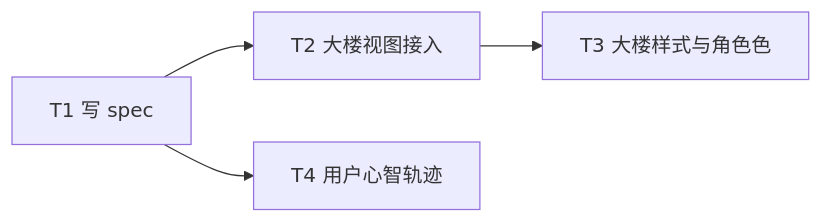
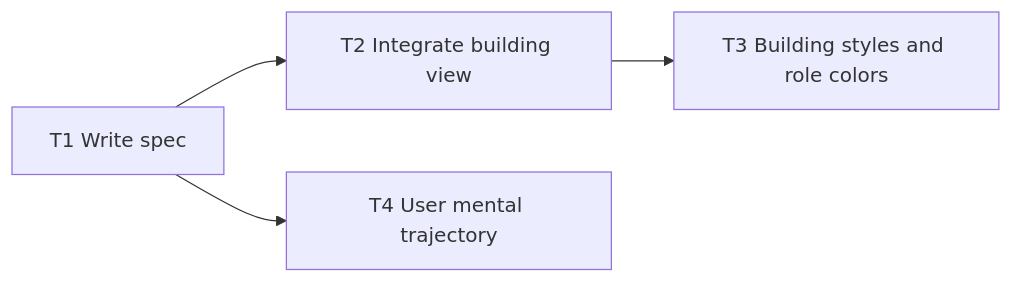
One commit to Curry09/AHE-Beta changed the diagram in docs/specs/0034-frontend-agent-company-building.md. Above: the diagram before and after it, drawn with Mermaid. The commit also changed other lines of this file and 531 other files, not shown here.

````diff
--- a/docs/specs/0034-frontend-agent-company-building.md
+++ b/docs/specs/0034-frontend-agent-company-building.md
@@ -166,10 +166,10 @@
 ```mermaid
 graph LR
-  T1[T1 写 spec]
-  T2[T2 大楼视图接入]
-  T3[T3 大楼样式与角色色]
-  T4[T4 用户心智轨迹]
+  T1[T1 Write spec]
+  T2[T2 Integrate building view]
+  T3[T3 Building styles and role colors]
+  T4[T4 User mental trajectory]
   T1 --> T2
   T2 --> T3
   T1 --> T4
 ```
````
